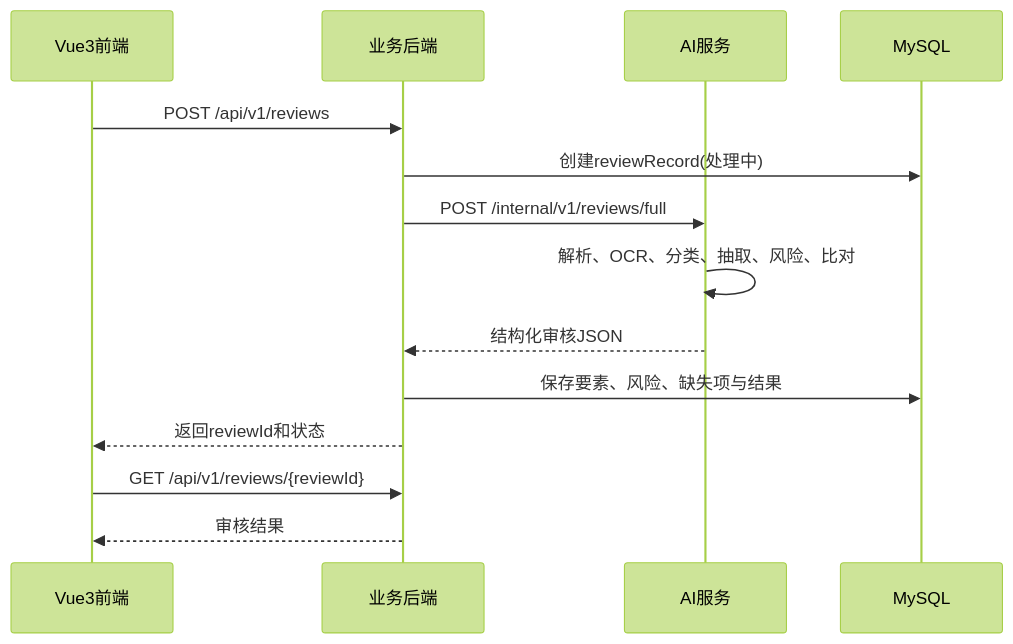
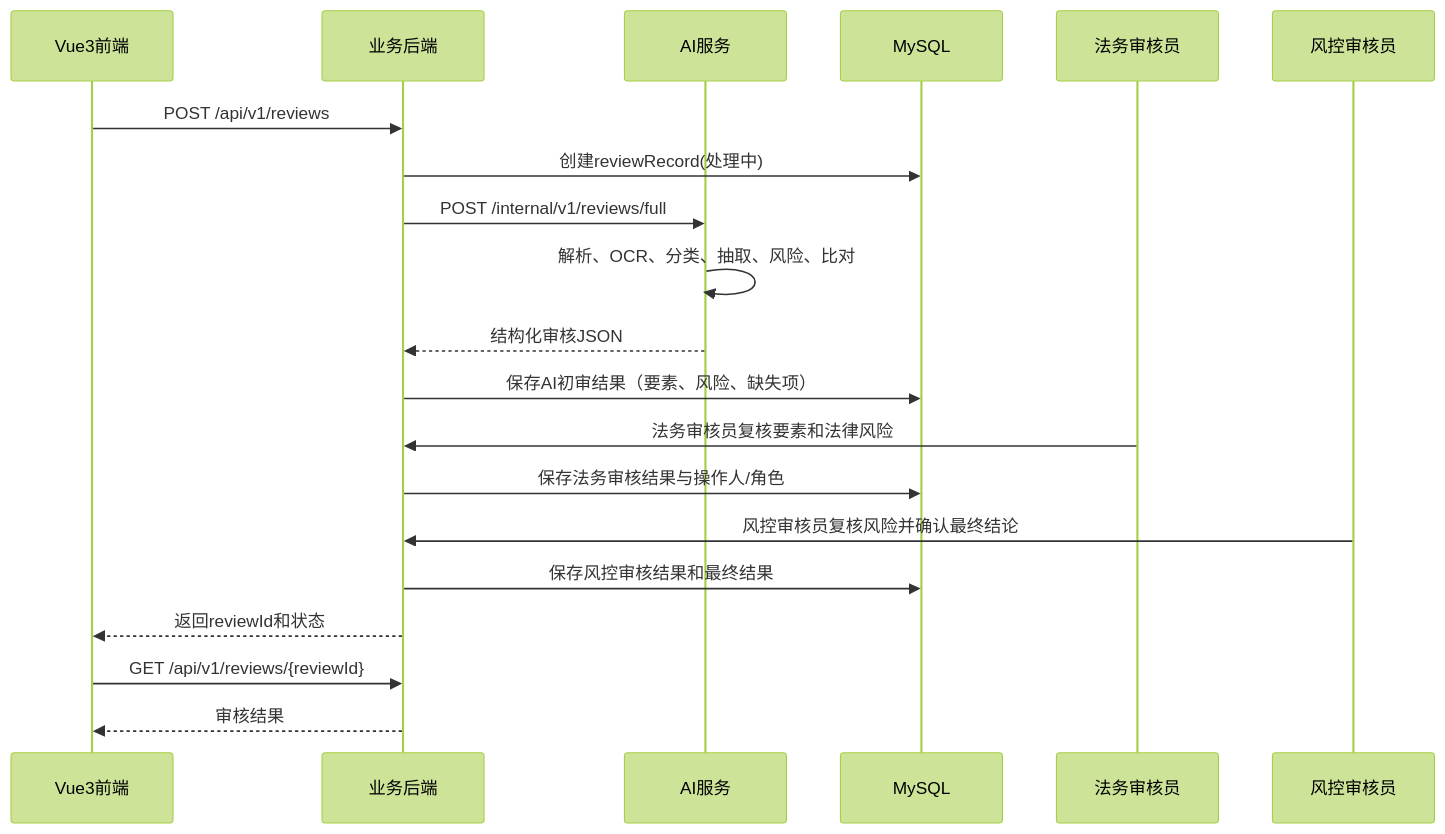
The third of 3 diagrams in docs/02-系统架构设计.md (liuziwen168/A24-Contract-Audit), drawn with Mermaid (forest theme) before and after one commit. The commit also changed other lines of this file and 8 other files, not shown here.

````diff
--- a/docs/02-系统架构设计.md
+++ b/docs/02-系统架构设计.md
@@ -83,16 +84,22 @@
 ```mermaid
 sequenceDiagram
     participant F as Vue3前端
     participant B as 业务后端
     participant A as AI服务
     participant D as MySQL
+    participant L as 法务审核员
+    participant R as 风控审核员
     F->>B: POST /api/v1/reviews
     B->>D: 创建reviewRecord(处理中)
     B->>A: POST /internal/v1/reviews/full
     A->>A: 解析、OCR、分类、抽取、风险、比对
     A-->>B: 结构化审核JSON
-    B->>D: 保存要素、风险、缺失项与结果
+    B->>D: 保存AI初审结果（要素、风险、缺失项）
+    L->>B: 法务审核员复核要素和法律风险
+    B->>D: 保存法务审核结果与操作人/角色
+    R->>B: 风控审核员复核风险并确认最终结论
+    B->>D: 保存风控审核结果和最终结果
     B-->>F: 返回reviewId和状态
     F->>B: GET /api/v1/reviews/{reviewId}
     B-->>F: 审核结果
 ```
````
